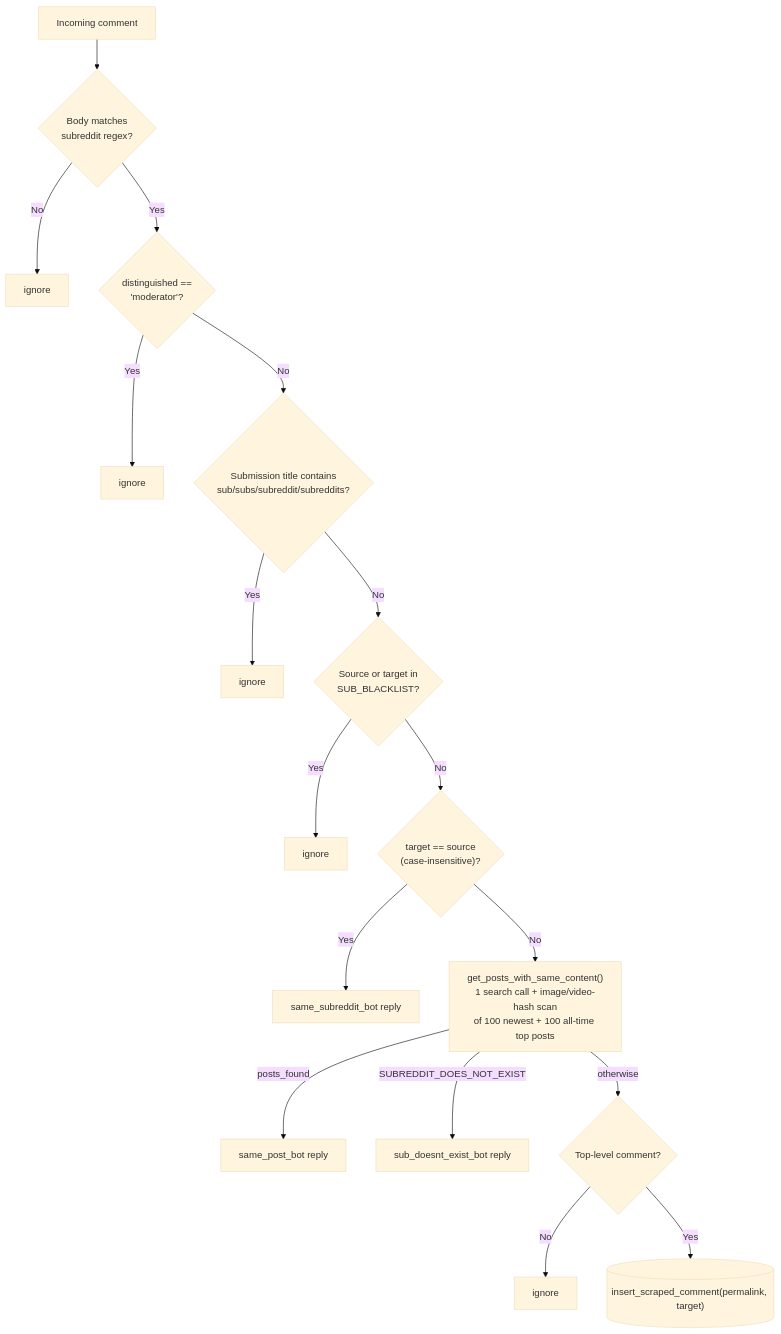
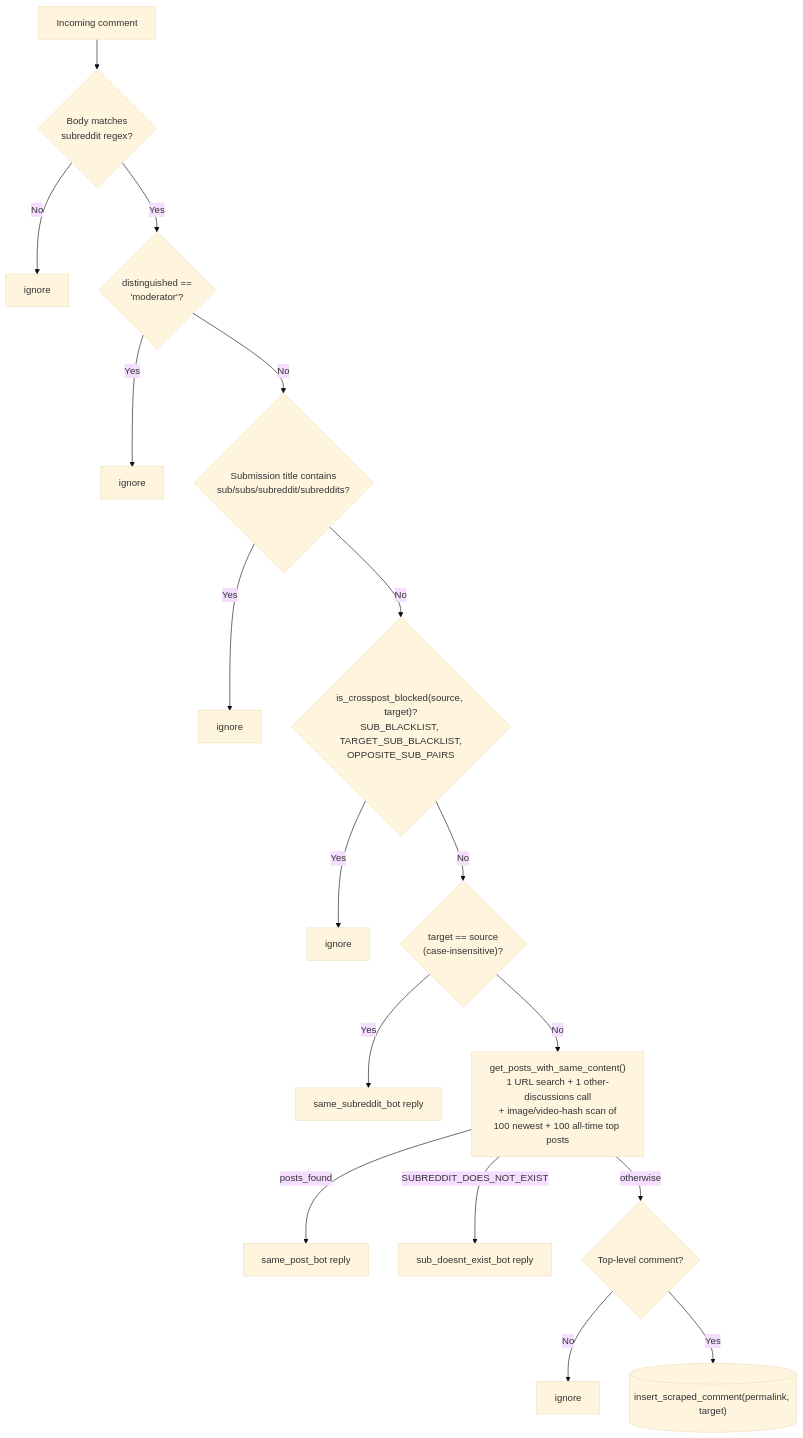
One commit to Toldry/RedditAutoCrosspostBot changed the second of 3 diagrams in AGENTS.md. Above: the diagram before and after it, drawn with Mermaid (base theme). The commit also changed other lines of this file and 12 other files, not shown here.

First line of the commit message:
feat: block bad targets, check other discussions, titles and top posts, skip dead sources

````diff
--- a/AGENTS.md
+++ b/AGENTS.md
@@ -82,19 +82,19 @@
 ```mermaid
 flowchart TD
     S["Incoming comment"] --> R{"Body matches\nsubreddit regex?"}
     R -->|No| X1["ignore"]
     R -->|Yes| M{"distinguished ==\n'moderator'?"}
     M -->|Yes| X2["ignore"]
     M -->|No| T{"Submission title contains\nsub/subs/subreddit/subreddits?"}
     T -->|Yes| X3["ignore"]
-    T -->|No| BL{"Source or target in\nSUB_BLACKLIST?"}
+    T -->|No| BL{"is_crosspost_blocked(source, target)?\nSUB_BLACKLIST, TARGET_SUB_BLACKLIST,\nOPPOSITE_SUB_PAIRS"}
     BL -->|Yes| X4["ignore"]
     BL -->|No| SS{"target == source\n(case-insensitive)?"}
     SS -->|Yes| A1["same_subreddit_bot reply"]
-    SS -->|No| DUP["get_posts_with_same_content()\n1 search call + image/video-hash scan\nof 100 newest + 100 all-time top posts"]
+    SS -->|No| DUP["get_posts_with_same_content()\n1 URL search + 1 other-discussions call\n+ image/video-hash scan of\n100 newest + 100 all-time top posts"]
     DUP -->|posts_found| A2["same_post_bot reply"]
     DUP -->|SUBREDDIT_DOES_NOT_EXIST| A3["sub_doesnt_exist_bot reply"]
     DUP -->|otherwise| TL{"Top-level comment?"}
     TL -->|No| X5["ignore"]
     TL -->|Yes| DB[("insert_scraped_comment(permalink, target)")]
 ```
````
